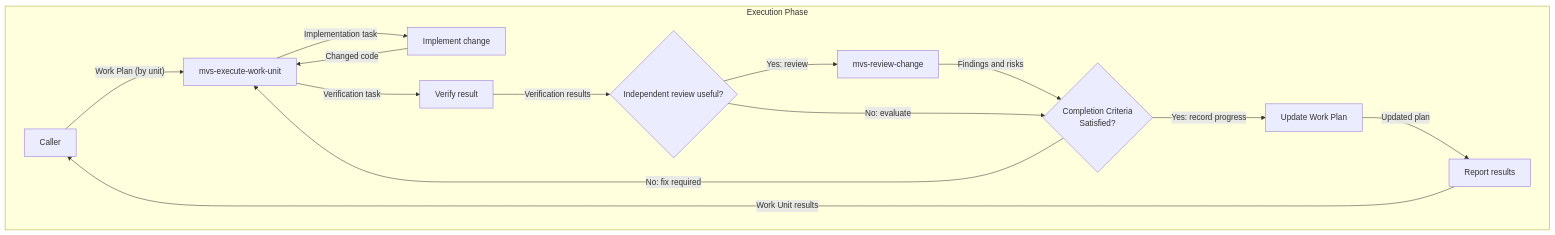
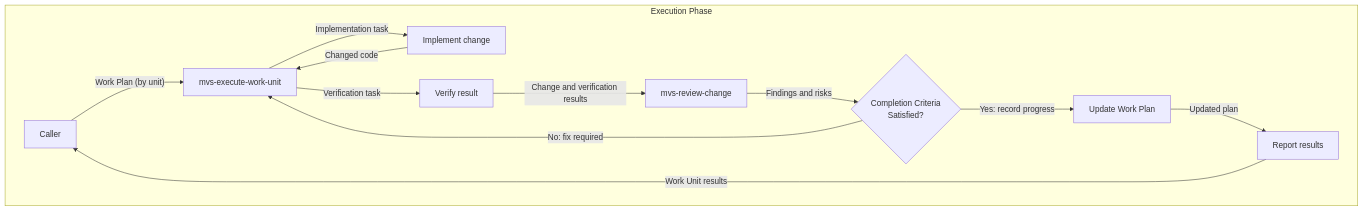
One commit to masa-kjm/marvis-dev changed the fourth of 4 diagrams in docs/README.md. Above: the diagram before and after it, drawn with Mermaid. The commit also changed other lines of this file and 1 other file, not shown here.

Commit message:
feat(execute-work-unit): update the usage decision description for the sub-agent.

````diff
--- a/docs/README.md
+++ b/docs/README.md
@@ -93,28 +93,25 @@
 ```mermaid
 flowchart TD
   subgraph Execution["Execution Phase"]
     Caller["Caller"]
     ExecuteWU["mvs-execute-work-unit"]
     Implement["Implement change"]
     Verify["Verify result"]
-    ReviewChoice{"Independent review useful?"}
-    Reviewer["mvs-review-change"]
+    Review["mvs-review-change"]
     Decision{"Completion Criteria<br/>Satisfied?"}
     Update["Update Work Plan"]
     Report["Report results"]
   end
 
   Caller -->|"Work Plan (by unit)"| ExecuteWU
   ExecuteWU -->|Implementation task| Implement
   Implement -->|Changed code| ExecuteWU
   ExecuteWU -->|Verification task| Verify
-  Verify -->|Verification results| ReviewChoice
-  ReviewChoice -->|Yes: review| Reviewer
-  Reviewer -->|Findings and risks| Decision
-  ReviewChoice -->|No: evaluate| Decision
+  Verify -->|Change and verification results| Review
+  Review -->|Findings and risks| Decision
 
   Decision -->|No: fix required| ExecuteWU
   Decision -->|Yes: record progress| Update
   Update -->|Updated plan| Report
   Report -->|Work Unit results| Caller
 ```
````
